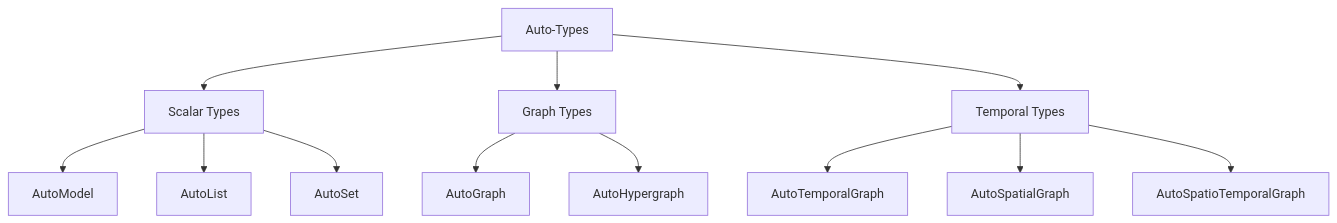
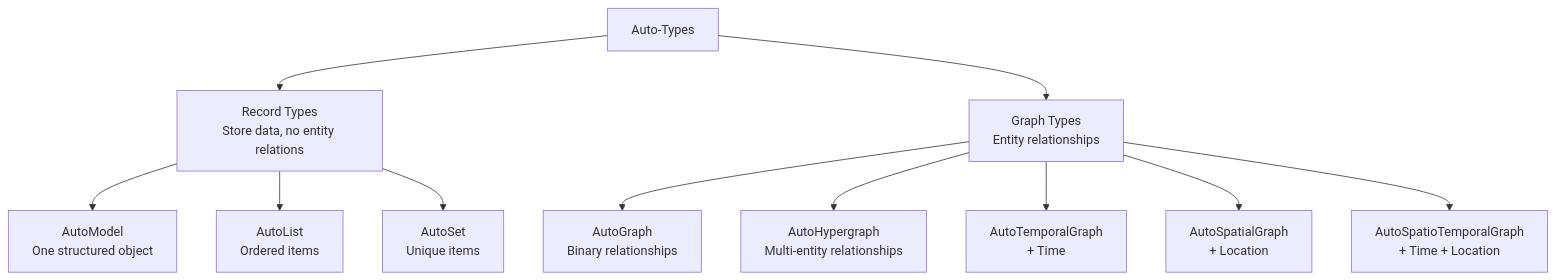
The diagram in docs/en/concepts/autotypes.md (taweili/Hyper-Extract), drawn with Mermaid before and after one commit. The commit also changed other lines of this file and 167 other files, not shown here.

````diff
--- a/docs/en/concepts/autotypes.md
+++ b/docs/en/concepts/autotypes.md
@@ -19,17 +26,15 @@
 ```mermaid
 graph TD
-    A[Auto-Types] --> B[Scalar Types]
-    A --> C[Graph Types]
-    A --> D[Temporal Types]
-    
-    B --> B1[AutoModel]
-    B --> B2[AutoList]
-    B --> B3[AutoSet]
-    
-    C --> C1[AutoGraph]
-    C --> C2[AutoHypergraph]
-    
-    D --> D1[AutoTemporalGraph]
-    D --> D2[AutoSpatialGraph]
-    D --> D3[AutoSpatioTemporalGraph]
+    A[Auto-Types] --> B[Record Types<br/>Store data, no entity relations]
+    A --> C[Graph Types<br/>Entity relationships]
+
+    B --> B1[AutoModel<br/>One structured object]
+    B --> B2[AutoList<br/>Ordered items]
+    B --> B3[AutoSet<br/>Unique items]
+
+    C --> C1[AutoGraph<br/>Binary relationships]
+    C --> C2[AutoHypergraph<br/>Multi-entity relationships]
+    C --> C3[AutoTemporalGraph<br/>+ Time]
+    C --> C4[AutoSpatialGraph<br/>+ Location]
+    C --> C5[AutoSpatioTemporalGraph<br/>+ Time + Location]
 ```
````
